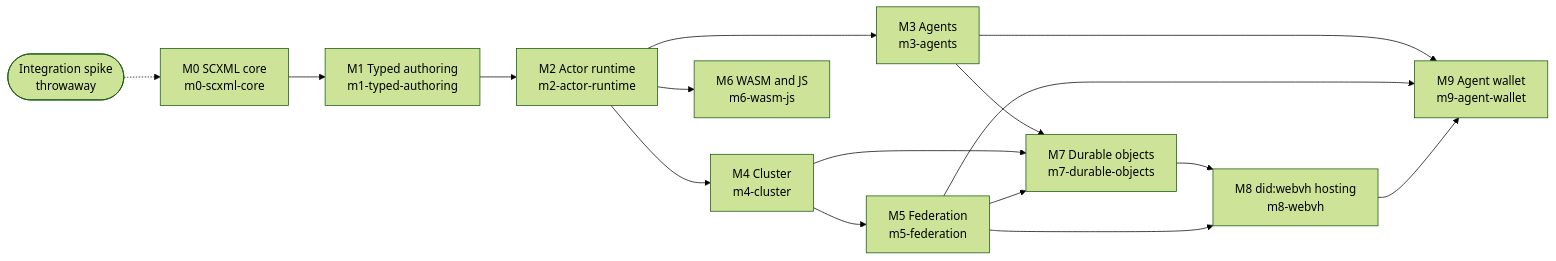
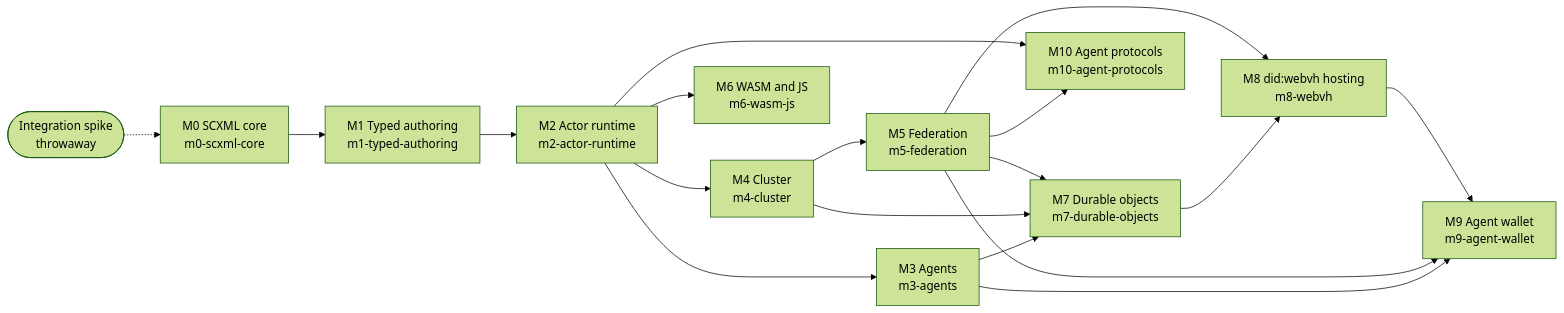
Before and after one commit to Volland/vertep: the diagram in tg.md/roadmap.md, drawn with Mermaid (forest theme). The commit also changed other lines of this file and 56 other files, not shown here.

First line of the commit message:
M10 Agent protocols (Kolyada), core: verifiable role-based protocols; docs and article

````diff
--- a/tg.md/roadmap.md
+++ b/tg.md/roadmap.md
@@ -9,18 +9,20 @@
 ```mermaid
 flowchart LR
     M0["M0 SCXML core<br/>m0-scxml-core"] --> M1["M1 Typed authoring<br/>m1-typed-authoring"]
     M1 --> M2["M2 Actor runtime<br/>m2-actor-runtime"]
     M2 --> M3["M3 Agents<br/>m3-agents"]
     M2 --> M4["M4 Cluster<br/>m4-cluster"]
     M4 --> M5["M5 Federation<br/>m5-federation"]
     M2 --> M6["M6 WASM and JS<br/>m6-wasm-js"]
     M3 --> M7["M7 Durable objects<br/>m7-durable-objects"]
     M4 --> M7
     M5 --> M7
     M7 --> M8["M8 did:webvh hosting<br/>m8-webvh"]
     M5 --> M8
     M3 --> M9["M9 Agent wallet<br/>m9-agent-wallet"]
     M5 --> M9
     M8 --> M9
+    M5 --> M10["M10 Agent protocols<br/>m10-agent-protocols"]
+    M2 --> M10
     S(["Integration spike<br/>throwaway"]) -.-> M0
 ```
````
